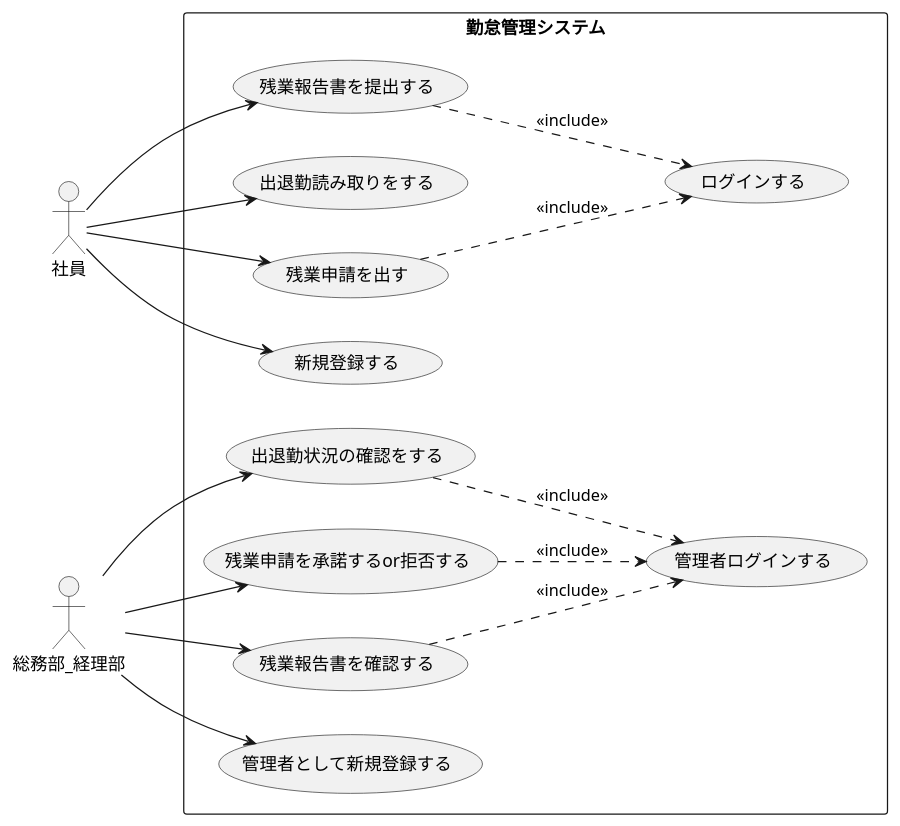
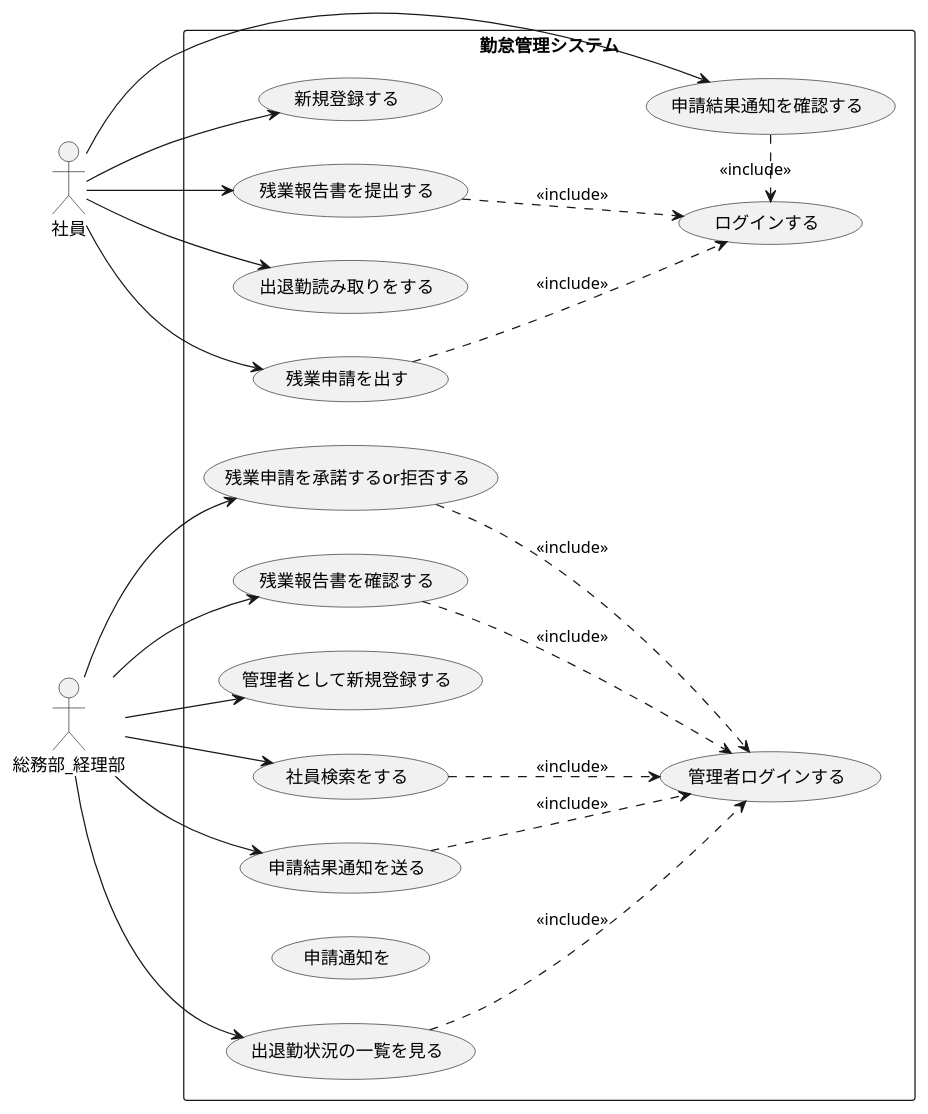
The diagram in 勤怠管理システム演習.pu (isio2/uml-introduction), drawn with PlantUML before and after one commit. The commit also changed 1 other file, not shown here.

```diff
--- a/勤怠管理システム演習.pu
+++ b/勤怠管理システム演習.pu
@@ -1,30 +1,40 @@
 @startuml ユースケース図
 left to right direction
 actor 社員
 actor 総務部_経理部
 rectangle 勤怠管理システム{
 usecase 出退勤読み取りをする
 usecase 残業申請を出す
 usecase 残業申請を承諾するor拒否する
-usecase 出退勤状況の確認をする
+usecase 出退勤状況の一覧を見る
 usecase 残業報告書を提出する
 usecase 残業報告書を確認する
 usecase ログインする
 usecase 管理者ログインする
 usecase 新規登録する
 usecase 管理者として新規登録する
+usecase 社員検索をする
+usecase 申請通知を
+usecase 申請結果通知を送る
+usecase 申請結果通知を確認する
 }
 社員-->出退勤読み取りをする
 社員-->残業申請を出す
 社員-left->残業報告書を提出する
 社員-->新規登録する
+社員-left->申請結果通知を確認する
 総務部_経理部-->残業報告書を確認する
 総務部_経理部-->残業申請を承諾するor拒否する
 総務部_経理部-->管理者として新規登録する
-総務部_経理部-left->出退勤状況の確認をする
-出退勤状況の確認をする-.>管理者ログインする:<<include>>
+総務部_経理部-left->出退勤状況の一覧を見る
+総務部_経理部-->社員検索をする
+総務部_経理部-->申請結果通知を送る
+社員検索をする-.>管理者ログインする:<<include>>
+申請結果通知を確認する.>ログインする:<<include>>
+申請結果通知を送る-.>管理者ログインする:<<include>>
+出退勤状況の一覧を見る-.>管理者ログインする:<<include>>
 残業申請を出す-.>ログインする:<<include>>
 残業申請を承諾するor拒否する-.>管理者ログインする:<<include>>
 残業報告書を提出する-.>ログインする:<<include>>
 残業報告書を確認する-.>管理者ログインする:<<include>>
 @enduml
```
